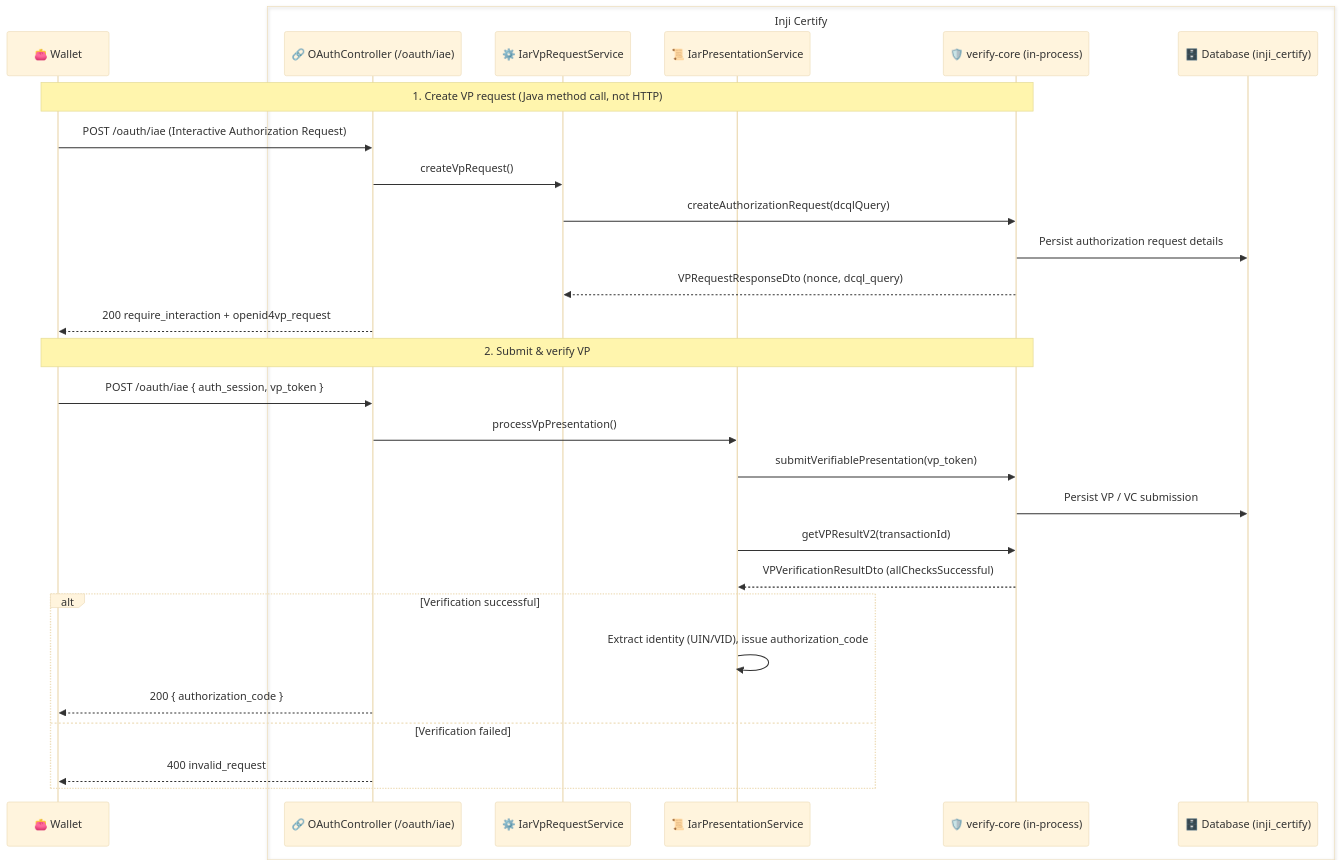
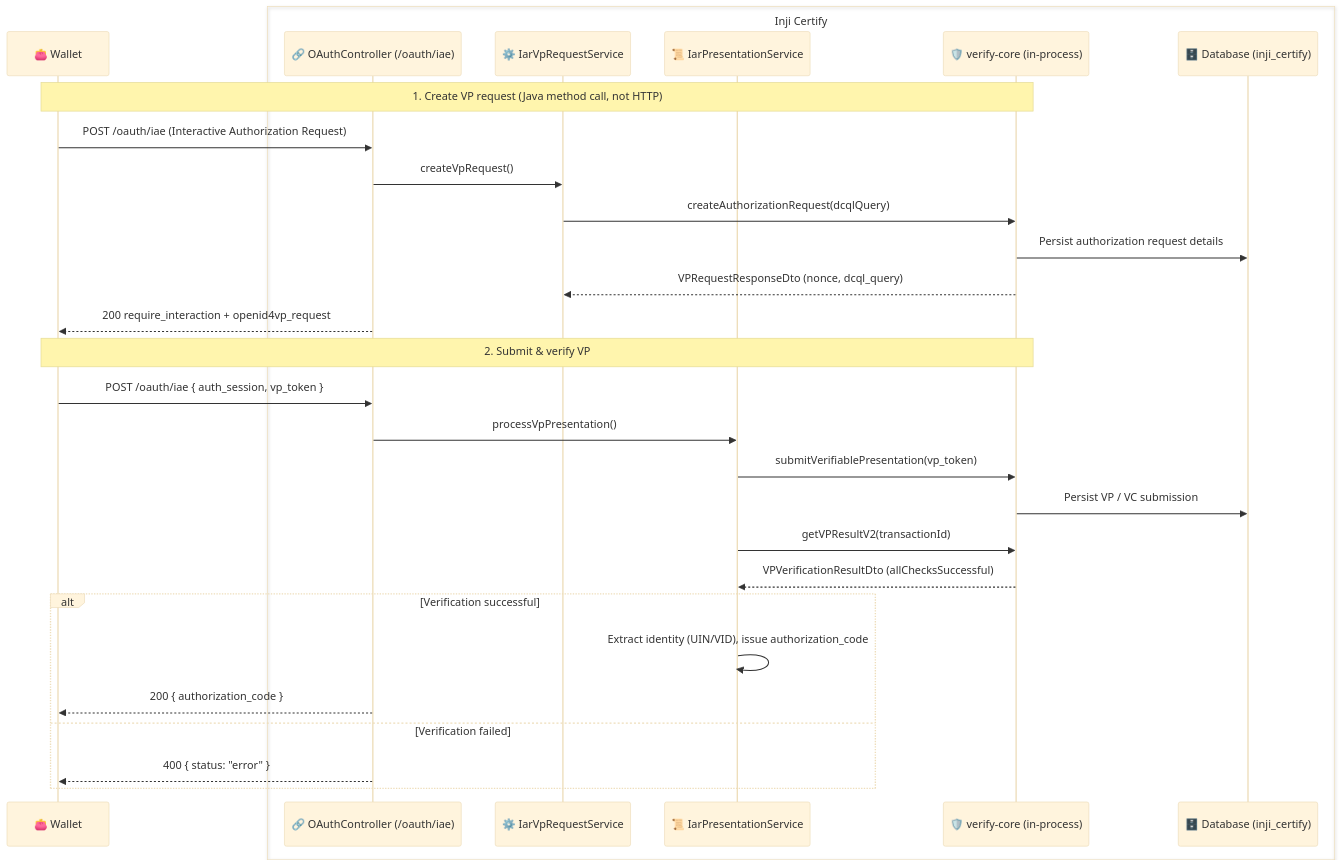
The diagram in docs/technical_docs/Inji_Verify_As_A_Library.md (Infosys/inji-certify), drawn with Mermaid (base theme) before and after one commit. The commit also changed other lines of this file and 4 other files, not shown here.

````diff
--- a/docs/technical_docs/Inji_Verify_As_A_Library.md
+++ b/docs/technical_docs/Inji_Verify_As_A_Library.md
@@ -90,33 +91,33 @@
 ```mermaid
 sequenceDiagram
     participant W as 👛 Wallet
     box Inji Certify #E6F3FF
     participant OAuth as 🔗 OAuthController (/oauth/iae)
     participant ReqSvc as ⚙️ IarVpRequestService
     participant PresSvc as 📜 IarPresentationService
     participant Verify as 🛡️ verify-core (in-process)
     participant DB as 🗄️ Database (inji_certify)
     end
 
     Note over W,Verify: 1. Create VP request (Java method call, not HTTP)
     W->>OAuth: POST /oauth/iae (Interactive Authorization Request)
     OAuth->>ReqSvc: createVpRequest()
     ReqSvc->>Verify: createAuthorizationRequest(dcqlQuery)
     Verify->>DB: Persist authorization request details
     Verify-->>ReqSvc: VPRequestResponseDto (nonce, dcql_query)
     OAuth-->>W: 200 require_interaction + openid4vp_request
 
     Note over W,Verify: 2. Submit & verify VP
     W->>OAuth: POST /oauth/iae { auth_session, vp_token }
     OAuth->>PresSvc: processVpPresentation()
     PresSvc->>Verify: submitVerifiablePresentation(vp_token)
     Verify->>DB: Persist VP / VC submission
     PresSvc->>Verify: getVPResultV2(transactionId)
     Verify-->>PresSvc: VPVerificationResultDto (allChecksSuccessful)
     alt Verification successful
         PresSvc->>PresSvc: Extract identity (UIN/VID), issue authorization_code
         OAuth-->>W: 200 { authorization_code }
     else Verification failed
-        OAuth-->>W: 400 invalid_request
+        OAuth-->>W: 400 { status: "error" }
     end
 ```
````
